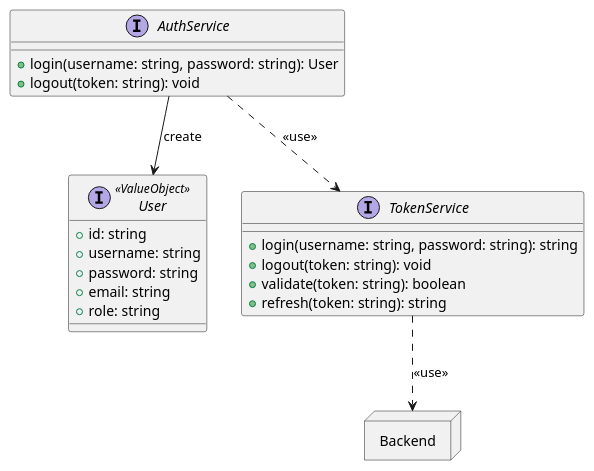
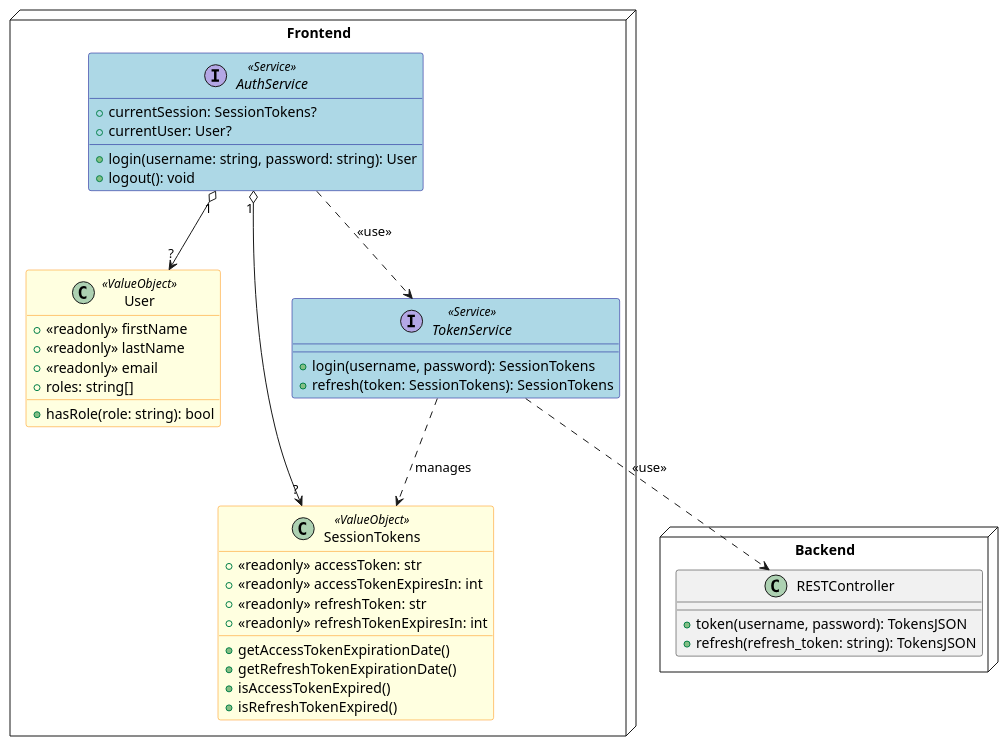
One commit to buecktobias/swe-buch-frontend changed the diagram in docs/authDiagram.puml. Above: the diagram before and after it, drawn with PlantUML. The commit also changed 27 other files, not shown here.

Commit message:
added login/auth services!

```diff
--- a/docs/authDiagram.puml
+++ b/docs/authDiagram.puml
@@ -1,29 +1,59 @@
 @startuml
-interface User<<ValueObject>>{
-    + id: string
-    + username: string
-    + password: string
-    + email: string
-    + role: string
+node Frontend{
+skinparam packageStyle rectangle
+skinparam class {
+    BackgroundColor<<Service>> LightBlue
+    BorderColor<<Service>> DarkBlue
 }
-interface AuthService{
-    + login(username: string, password: string): User
-    + logout(token: string): void
+
+skinparam class {
+    BackgroundColor<<ValueObject>> LightYellow
+    BorderColor<<ValueObject>> DarkOrange
 }
 
 
-interface TokenService{
-    + login(username: string, password: string): string
-    + logout(token: string): void
-    + validate(token: string): boolean
-    + refresh(token: string): string
+class User<<ValueObject>>{
+
+    + <<readonly>> firstName
+    + <<readonly>> lastName
+    + <<readonly>> email
+    + roles: string[]
+    + hasRole(role: string): bool
 }
 
-node Backend{
-
+class SessionTokens <<ValueObject>>{
+    + <<readonly>> accessToken: str
+    + <<readonly>> accessTokenExpiresIn: int
+    + <<readonly>> refreshToken: str
+    + <<readonly>> refreshTokenExpiresIn: int
+    + getAccessTokenExpirationDate()
+    + getRefreshTokenExpirationDate()
+    + isAccessTokenExpired()
+    + isRefreshTokenExpired()
 }
 
-TokenService ..> Backend: <<use>>
+interface AuthService<<Service>>{
+    + currentSession: SessionTokens?
+    + currentUser: User?
+    + login(username: string, password: string): User
+    + logout(): void
+}
+
+interface TokenService<<Service>>{
+    + login(username, password): SessionTokens
+    + refresh(token: SessionTokens): SessionTokens
+}
+}
+node Backend{
+    class RESTController{
+        + token(username, password): TokensJSON
+        + refresh(refresh_token: string): TokensJSON
+    }
+}
+
+TokenService .down.> Backend.RESTController: <<use>>
+TokenService ..> SessionTokens: manages
 AuthService ..> TokenService: <<use>>
-AuthService --> User: create
+AuthService "1" o--> "?" User
+AuthService "1" o--> "?" SessionTokens
 @enduml
```
